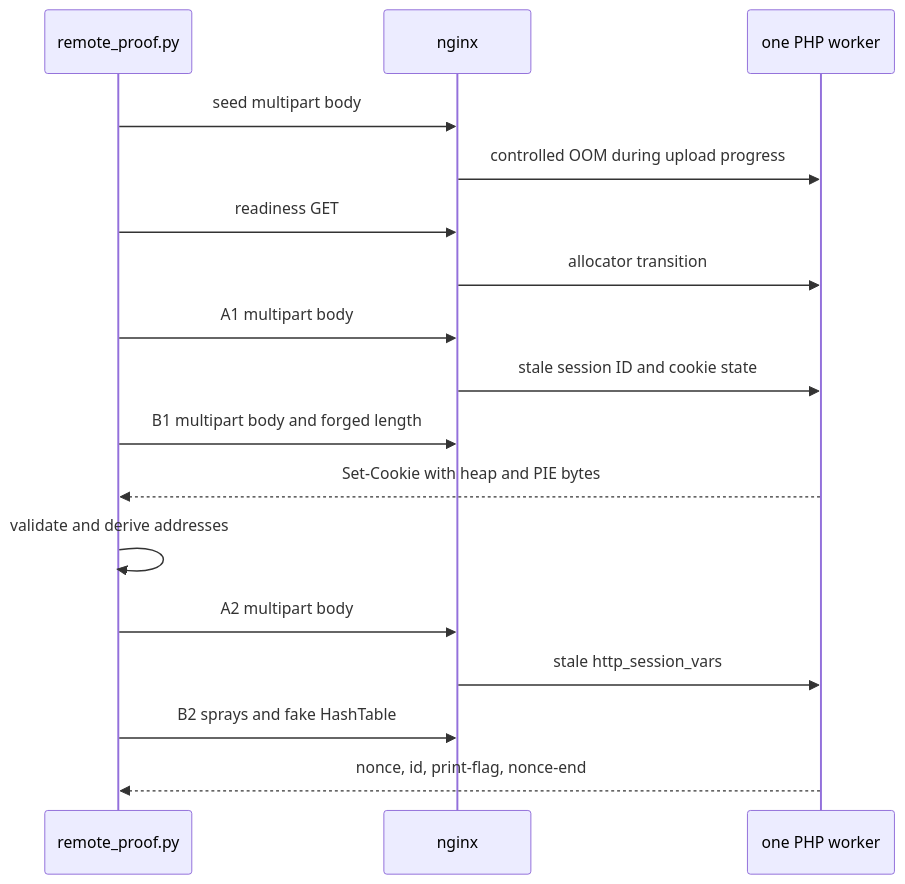
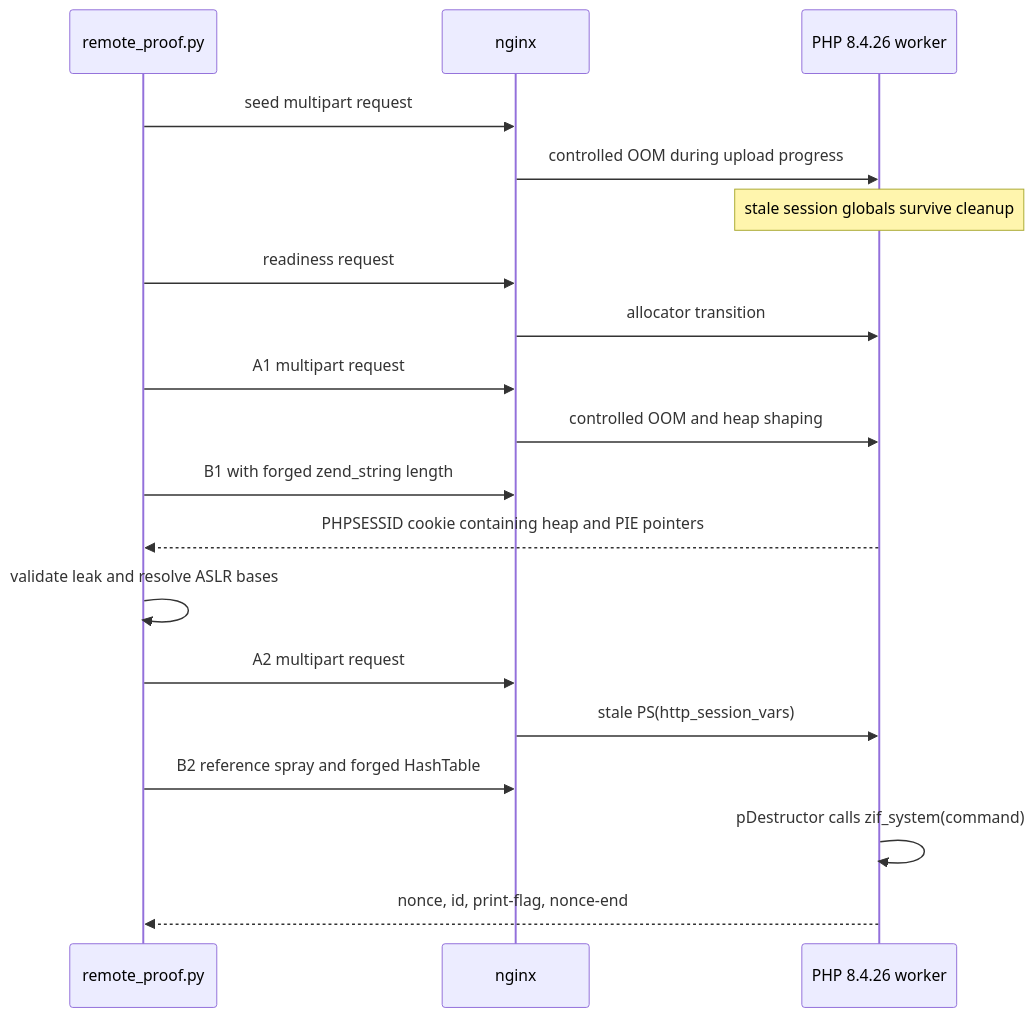
One commit to Erwann9875/stealmybitcoin-ctf-attempt changed the diagram in README.md. Above: the diagram before and after it, drawn with Mermaid. The commit also changed other lines of this file, not shown here.

````diff
--- a/README.md
+++ b/README.md
@@ -349,19 +44,28 @@
 ```mermaid
 sequenceDiagram
     participant C as remote_proof.py
     participant N as nginx
-    participant W as one PHP worker
-    C->>N: seed multipart body
-    N->>W: controlled OOM during upload progress
-    C->>N: readiness GET
-    N->>W: allocator transition
-    C->>N: A1 multipart body
-    N->>W: stale session ID and cookie state
-    C->>N: B1 multipart body and forged length
-    W-->>C: Set-Cookie with heap and PIE bytes
-    C->>C: validate and derive addresses
-    C->>N: A2 multipart body
-    N->>W: stale http_session_vars
-    C->>N: B2 sprays and fake HashTable
-    W-->>C: nonce, id, print-flag, nonce-end
+    participant P as PHP 8.4.26 worker
+
+    C->>N: seed multipart request
+    N->>P: controlled OOM during upload progress
+    Note over P: stale session globals survive cleanup
+
+    C->>N: readiness request
+    N->>P: allocator transition
+
+    C->>N: A1 multipart request
+    N->>P: controlled OOM and heap shaping
+
+    C->>N: B1 with forged zend_string length
+    P-->>C: PHPSESSID cookie containing heap and PIE pointers
+
+    C->>C: validate leak and resolve ASLR bases
+
+    C->>N: A2 multipart request
+    N->>P: stale PS(http_session_vars)
+
+    C->>N: B2 reference spray and forged HashTable
+    P->>P: pDestructor calls zif_system(command)
+    P-->>C: nonce, id, print-flag, nonce-end
 ```
````
